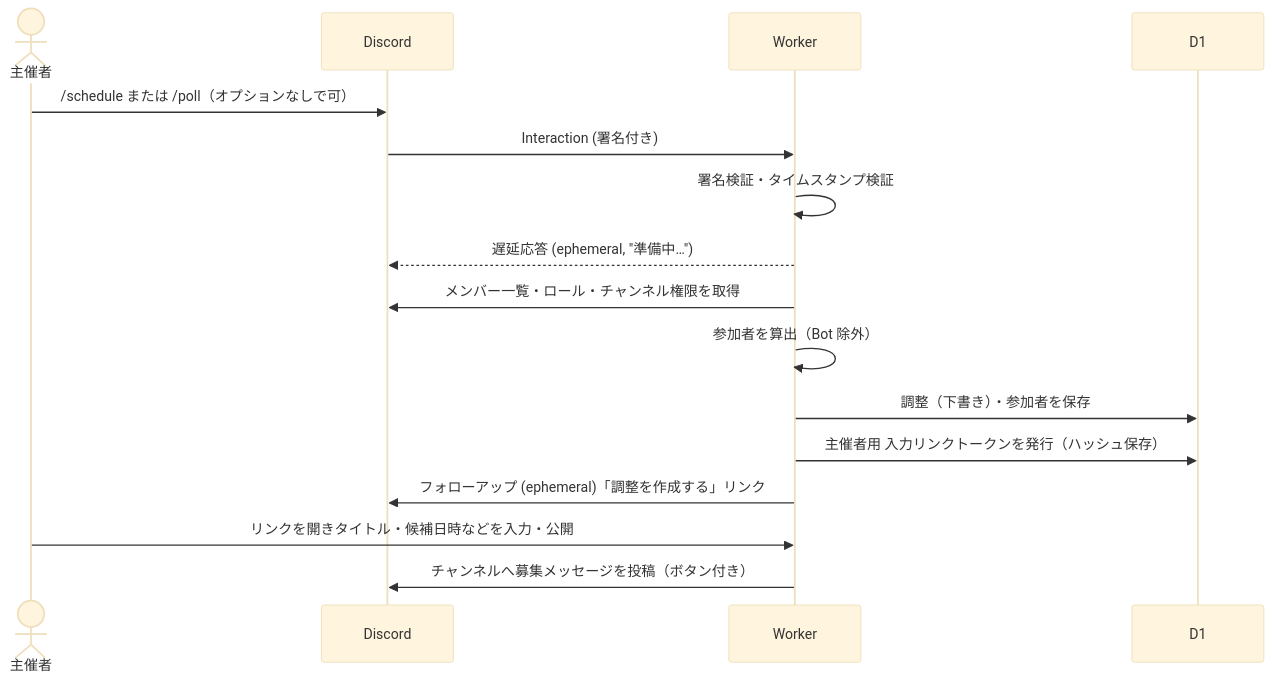
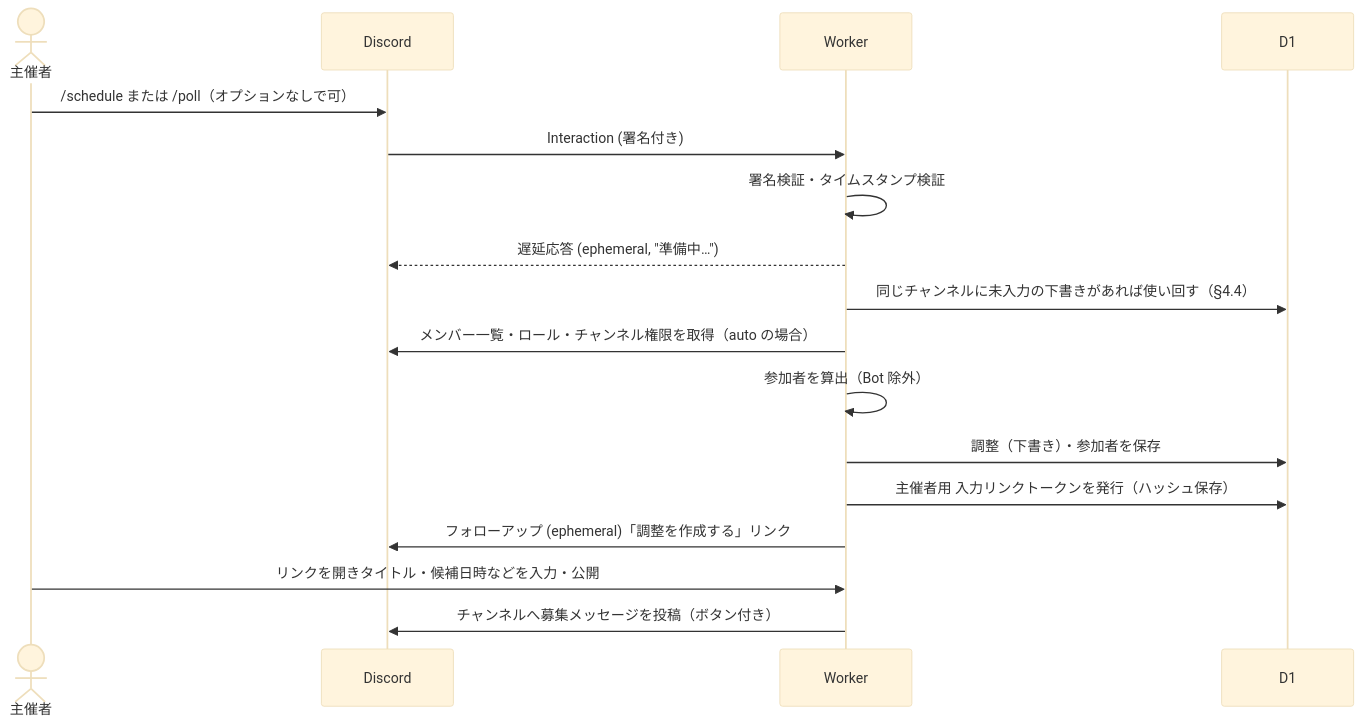
One commit to etlit-r/DIscheduler changed the second of 5 diagrams in docs/design.md. Above: the diagram before and after it, drawn with Mermaid (base theme). The commit also changed other lines of this file, not shown here.

````diff
--- a/docs/design.md
+++ b/docs/design.md
@@ -111,19 +112,20 @@
 ```mermaid
 sequenceDiagram
   actor O as 主催者
   participant D as Discord
   participant W as Worker
   participant DB as D1
 
   O->>D: /schedule または /poll（オプションなしで可）
   D->>W: Interaction (署名付き)
   W->>W: 署名検証・タイムスタンプ検証
   W-->>D: 遅延応答 (ephemeral, "準備中…")
-  W->>D: メンバー一覧・ロール・チャンネル権限を取得
+  W->>DB: 同じチャンネルに未入力の下書きがあれば使い回す（§4.4）
+  W->>D: メンバー一覧・ロール・チャンネル権限を取得（auto の場合）
   W->>W: 参加者を算出（Bot 除外）
   W->>DB: 調整（下書き）・参加者を保存
   W->>DB: 主催者用 入力リンクトークンを発行（ハッシュ保存）
   W->>D: フォローアップ (ephemeral)「調整を作成する」リンク
   O->>W: リンクを開きタイトル・候補日時などを入力・公開
   W->>D: チャンネルへ募集メッセージを投稿（ボタン付き）
 ```
````
